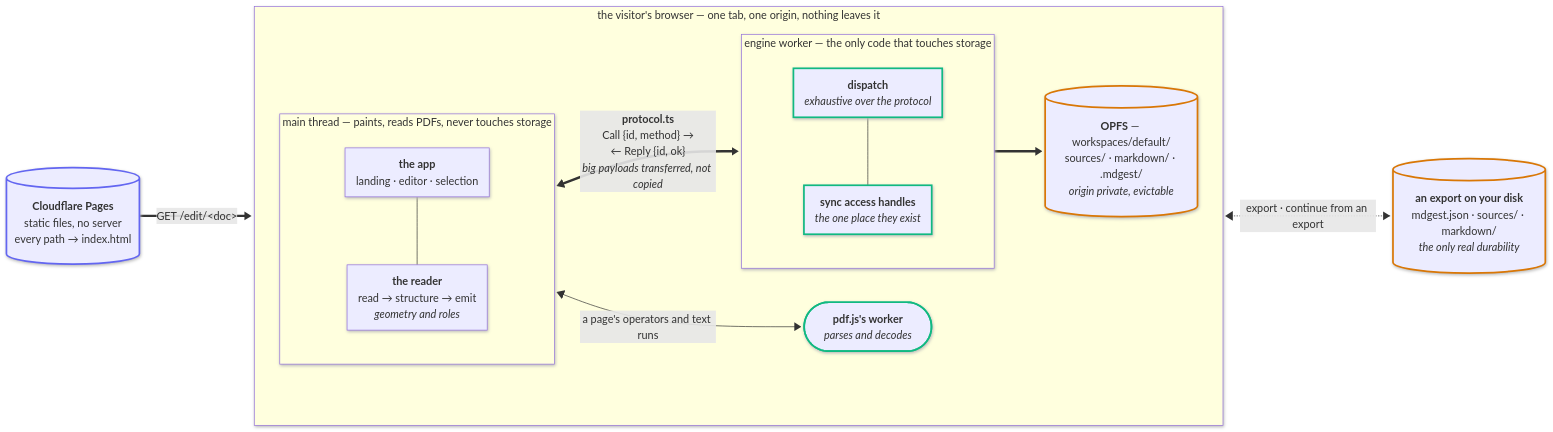
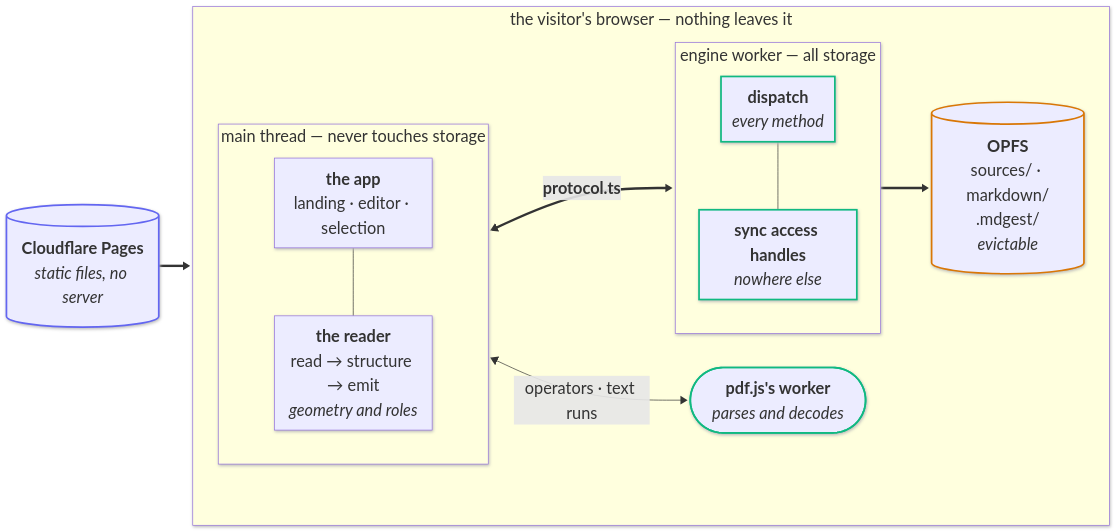
One commit to roest1/mdgest changed the diagram in docs/deployment.md. Above: the diagram before and after it, drawn with Mermaid.

Commit message:
resize deployment mermaid diagram

````diff
--- a/docs/deployment.md
+++ b/docs/deployment.md
@@ -7,47 +7,46 @@
 ```mermaid
 ---
 config:
   look: neo
+  themeVariables:
+    fontSize: 24px
 ---
 flowchart LR
-    CF[("<b>Cloudflare Pages</b><br/>static files, no server<br/>every path &rarr; index.html")]
+    CF[("<b>Cloudflare Pages</b><br/><i>static files, no server</i>")]
 
-    subgraph TAB ["the visitor's browser &mdash; one tab, one origin, nothing leaves it"]
+    subgraph TAB ["the visitor's browser &mdash; nothing leaves it"]
         direction LR
 
-        subgraph MAIN ["main thread &mdash; paints, reads PDFs, never touches storage"]
+        subgraph MAIN ["main thread &mdash; never touches storage"]
             direction TB
             UI["<b>the app</b><br/>landing &middot; editor &middot; selection"]
             RD["<b>the reader</b><br/>read &rarr; structure &rarr; emit<br/><i>geometry and roles</i>"]
             UI --- RD
         end
 
         PW(["<b>pdf.js's worker</b><br/><i>parses and decodes</i>"])
 
-        subgraph EW ["engine worker &mdash; the only code that touches storage"]
+        subgraph EW ["engine worker &mdash; all storage"]
             direction TB
-            DISP["<b>dispatch</b><br/><i>exhaustive over the protocol</i>"]
-            SYNC["<b>sync access handles</b><br/><i>the one place they exist</i>"]
+            DISP["<b>dispatch</b><br/><i>every method</i>"]
+            SYNC["<b>sync access handles</b><br/><i>nowhere else</i>"]
             DISP --- SYNC
         end
 
-        DB[("<b>OPFS</b> &mdash; workspaces/default/<br/>sources/ &middot; markdown/ &middot; .mdgest/<br/><i>origin private, evictable</i>")]
+        DB[("<b>OPFS</b><br/>sources/ &middot; markdown/<br/>.mdgest/<br/><i>evictable</i>")]
 
-        RD <-->|"a page's operators and text runs"| PW
-        UI <==>|"<b>protocol.ts</b><br/>Call {id, method} &rarr;<br/>&larr; Reply {id, ok}<br/><i>big payloads transferred, not copied</i>"| DISP
+        RD <-->|"operators &middot; text runs"| PW
+        UI <==>|"<b>protocol.ts</b>"| DISP
         SYNC ==> DB
     end
 
-    DISK[("<b>an export on your disk</b><br/>mdgest.json &middot; sources/ &middot; markdown/<br/><i>the only real durability</i>")]
-
-    CF ==>|"GET /edit/&lt;doc&gt;"| UI
-    DB <-.->|"export &middot; continue from an export"| DISK
+    CF ==> UI
 
     classDef worker stroke:#10b981,stroke-width:2.5px
     classDef store stroke:#d97706,stroke-width:2.5px
     classDef outside stroke:#6366f1,stroke-width:2.5px
 
     class PW,DISP,SYNC worker
-    class DB,DISK store
+    class DB store
     class CF outside
 ```
````
